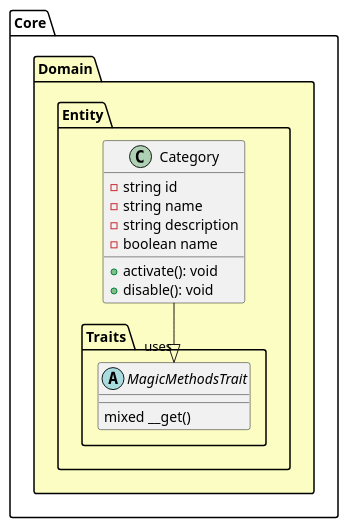
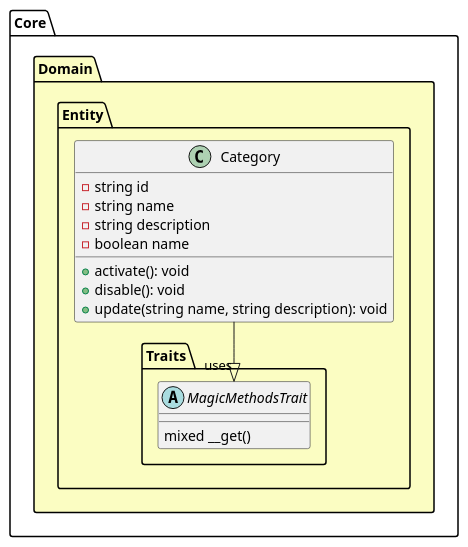
Before and after one commit to TiagOliveiraTI/microservice-video-catalog: the diagram in docs/C4/04-code.puml, drawn with PlantUML. The commit also changed 2 other files, not shown here.

```diff
--- a/docs/C4/04-code.puml
+++ b/docs/C4/04-code.puml
@@ -1,29 +1,30 @@
 @startuml Diagrama de Classe
 
 ' cores amarelo #fbfdb8 , vermelho #ffa19c, verde #a3fcb9, azul #a7d7d7
 package "Core" {
     package "Domain" #fbfdb8d9 {
         package "Entity"{
             ' - private #protected +public ~package private
 
             package "Traits" {
                 abstract class MagicMethodsTrait {
                     mixed __get()
                 }
             }
-            
+
             class Category {
                 - string id
                 - string name
                 - string description
                 - boolean name
                 + {method} activate(): void
                 + {method} disable(): void
+                + {method} update(string name, string description): void
             }
         }
     }
 }
 
 Category --|> "uses" MagicMethodsTrait
 
 @enduml
```
